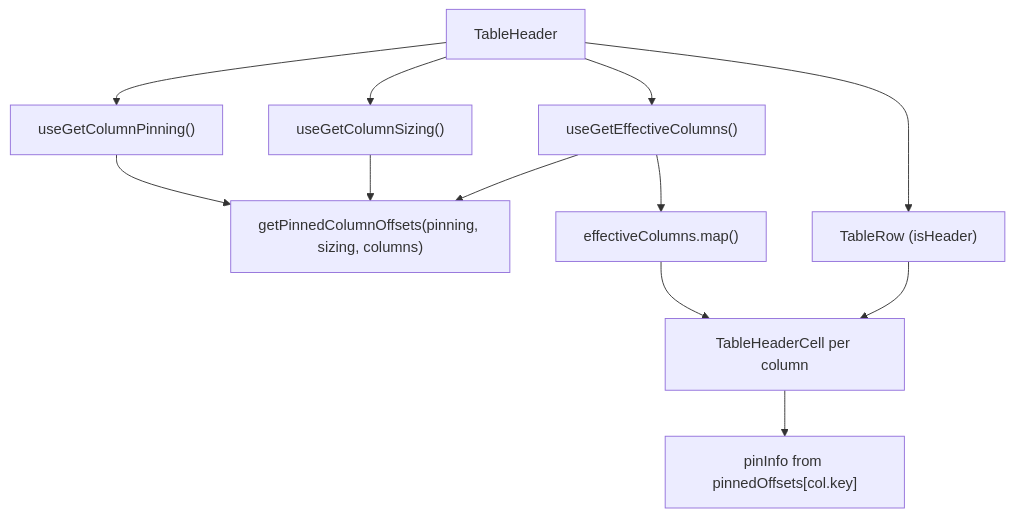
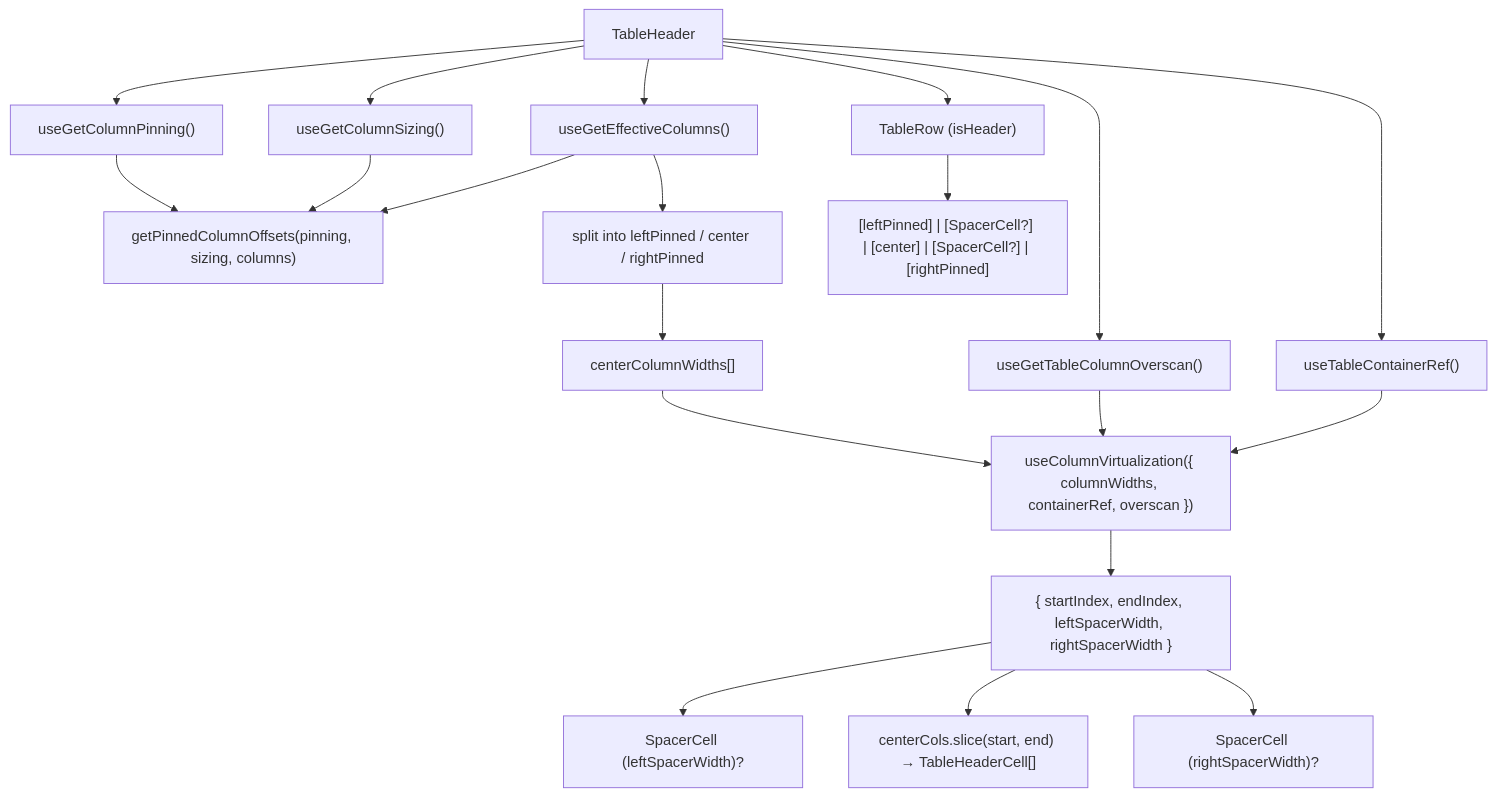
One commit to luciocabrera/lcabrera-stack changed the diagram in src/components/Table/TableHeader/ARCHITECTURE.md. Above: the diagram before and after it, drawn with Mermaid. The commit also changed other lines of this file and 28 other files, not shown here.

````diff
--- a/src/components/Table/TableHeader/ARCHITECTURE.md
+++ b/src/components/Table/TableHeader/ARCHITECTURE.md
@@ -26,16 +30,26 @@
 ```mermaid
 graph TD
   TH["TableHeader"] --> EC["useGetEffectiveColumns()"]
   TH --> CP["useGetColumnPinning()"]
   TH --> CS["useGetColumnSizing()"]
+  TH --> CO["useGetTableColumnOverscan()"]
+  TH --> CR["useTableContainerRef()"]
   CP --> Offsets["getPinnedColumnOffsets(pinning, sizing, columns)"]
   CS --> Offsets
   EC --> Offsets
 
-  EC --> Map["effectiveColumns.map()"]
-  Map --> THC["TableHeaderCell per column"]
-  THC --> pinInfo["pinInfo from pinnedOffsets[col.key]"]
+  EC --> split["split into leftPinned / center / rightPinned"]
+  split --> widths["centerColumnWidths[]"]
+  widths --> cvirt["useColumnVirtualization({ columnWidths, containerRef, overscan })"]
+  CO --> cvirt
+  CR --> cvirt
+
+  cvirt --> colRange["{ startIndex, endIndex, leftSpacerWidth, rightSpacerWidth }"]
+
+  colRange --> leftSpacer["SpacerCell (leftSpacerWidth)?"]
+  colRange --> center["centerCols.slice(start, end) → TableHeaderCell[]"]
+  colRange --> rightSpacer["SpacerCell (rightSpacerWidth)?"]
 
   TH --> Row["TableRow (isHeader)"]
-  Row --> THC
+  Row --> cells["[leftPinned] | [SpacerCell?] | [center] | [SpacerCell?] | [rightPinned]"]
 ```
````
